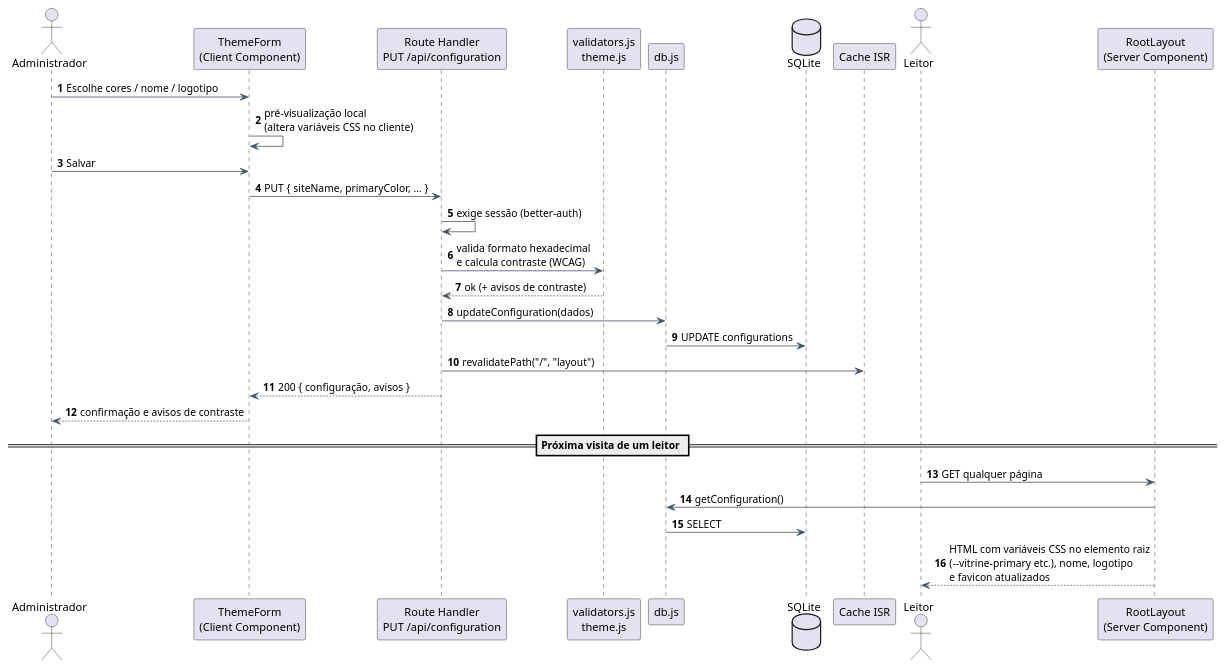
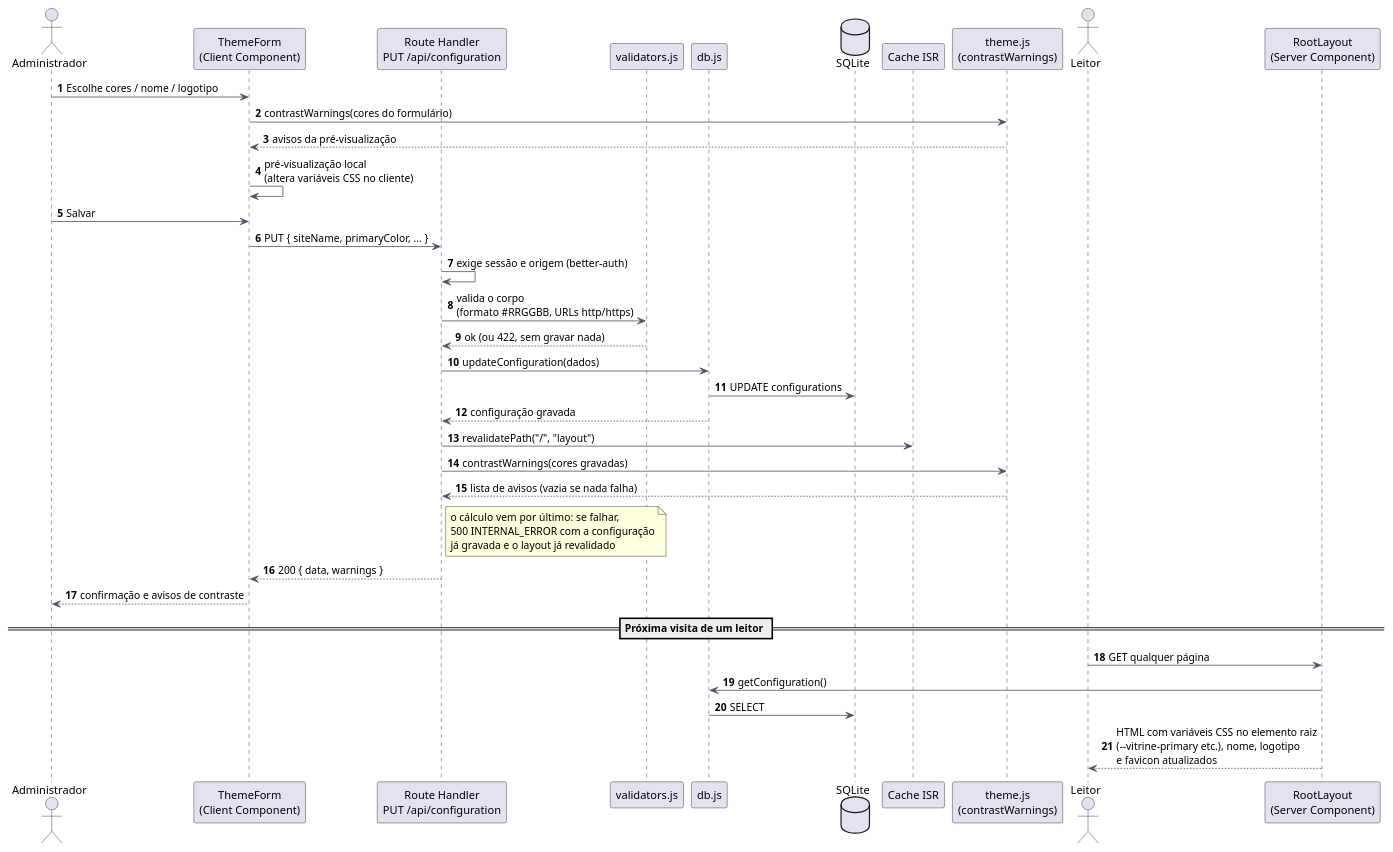
The diagram in doc/diagrams/src/seq-personalizacao-tema.puml (fromcaio/vitrine), drawn with PlantUML before and after one commit. The commit also changed 5 other files, not shown here.

```diff
--- a/doc/diagrams/src/seq-personalizacao-tema.puml
+++ b/doc/diagrams/src/seq-personalizacao-tema.puml
@@ -1,43 +1,50 @@
 @startuml seq-personalizacao-tema
 ' ===========================================================================
 ' Vitrine - Sequência: personalização visual (identidade e paleta de cores)
 ' Figura: fig:seq-personalizacao-tema (doc/tex/capitulos/cap5_arquitetura.tex)
 ' Mecanismo: cores persistidas em "configurations" viram variáveis CSS no <html>;
 ' utilitários Tailwind leem var(--...), logo não há novo build.
 ' ===========================================================================
 skinparam shadowing false
 skinparam defaultFontName Arial
 skinparam ArrowColor #475569
 skinparam sequenceMessageAlign left
 autonumber
 
 actor "Administrador" as Admin
 participant "ThemeForm\n(Client Component)" as Form
 participant "Route Handler\nPUT /api/configuration" as Api
-participant "validators.js\ntheme.js" as Val
+participant "validators.js" as Val
 participant "db.js" as DB
 database "SQLite" as Sql
 participant "Cache ISR" as Cache
+participant "theme.js\n(contrastWarnings)" as Theme
 actor "Leitor" as Leitor
 participant "RootLayout\n(Server Component)" as Layout
 
 Admin -> Form : Escolhe cores / nome / logotipo
+Form -> Theme : contrastWarnings(cores do formulário)
+Theme --> Form : avisos da pré-visualização
 Form -> Form : pré-visualização local\n(altera variáveis CSS no cliente)
 Admin -> Form : Salvar
 Form -> Api : PUT { siteName, primaryColor, ... }
-Api -> Api : exige sessão (better-auth)
-Api -> Val : valida formato hexadecimal\ne calcula contraste (WCAG)
-Val --> Api : ok (+ avisos de contraste)
+Api -> Api : exige sessão e origem (better-auth)
+Api -> Val : valida o corpo\n(formato #RRGGBB, URLs http/https)
+Val --> Api : ok (ou 422, sem gravar nada)
 Api -> DB : updateConfiguration(dados)
 DB -> Sql : UPDATE configurations
+DB --> Api : configuração gravada
 Api -> Cache : revalidatePath("/", "layout")
-Api --> Form : 200 { configuração, avisos }
+Api -> Theme : contrastWarnings(cores gravadas)
+Theme --> Api : lista de avisos (vazia se nada falha)
+note right of Api : o cálculo vem por último: se falhar,\n500 INTERNAL_ERROR com a configuração\njá gravada e o layout já revalidado
+Api --> Form : 200 { data, warnings }
 Form --> Admin : confirmação e avisos de contraste
 
 == Próxima visita de um leitor ==
 
 Leitor -> Layout : GET qualquer página
 Layout -> DB : getConfiguration()
 DB -> Sql : SELECT
 Layout --> Leitor : HTML com variáveis CSS no elemento raiz\n(--vitrine-primary etc.), nome, logotipo\ne favicon atualizados
 @enduml
```
